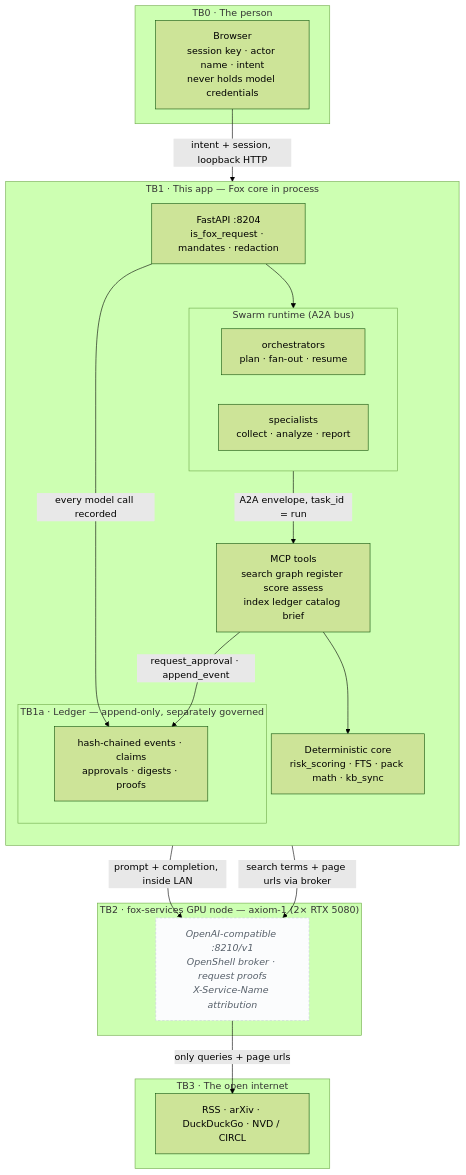
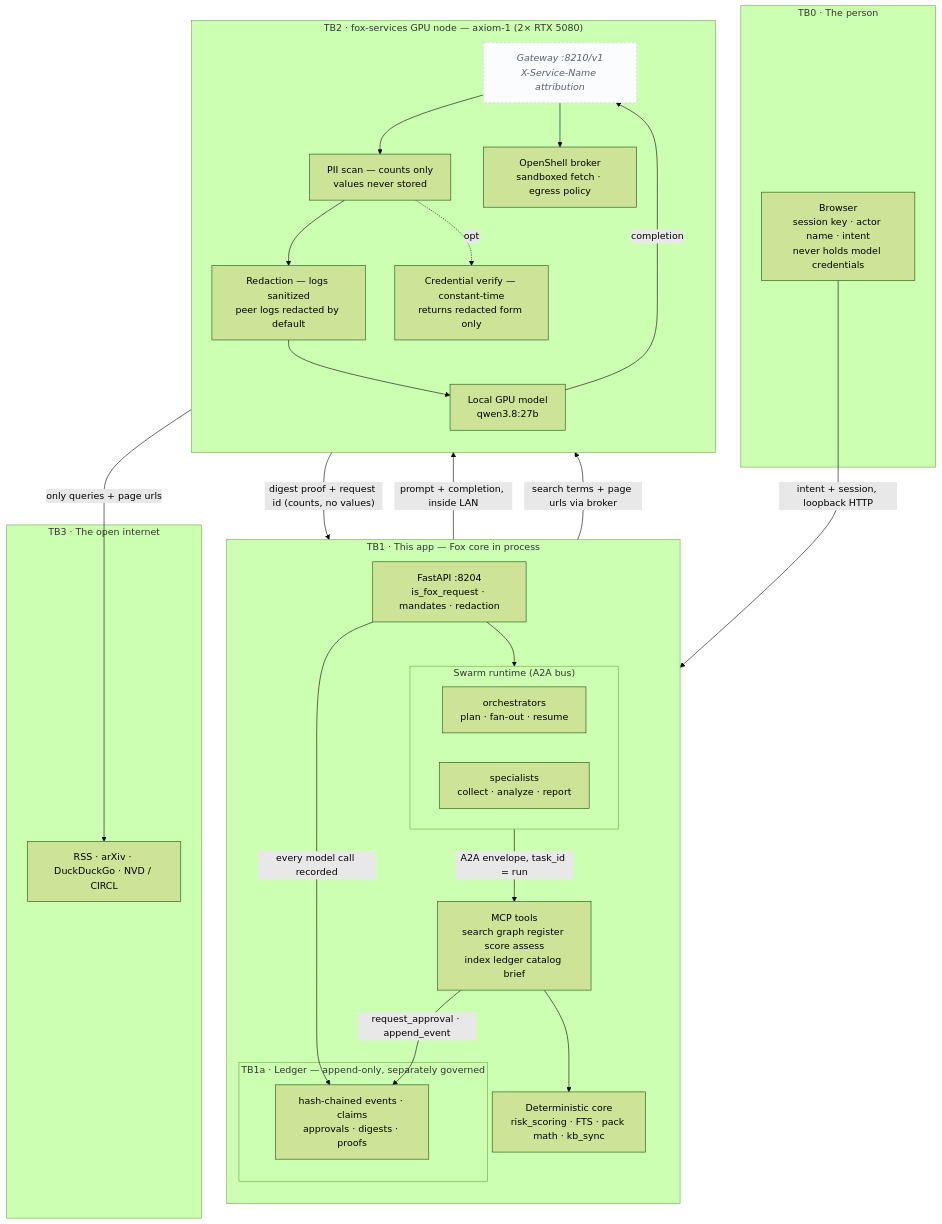
One commit to harishgovardhandamodar/agentic-knowledge-mapper changed the fourth of 4 diagrams in design/fox-core.md. Above: the diagram before and after it, drawn with Mermaid (forest theme). The commit also changed other lines of this file and 6 other files, not shown here.

Commit message:
Swarm control-flow in audit ledger: agent↔orchestrator handoffs with nested model/MCP calls + traceability; register model-flow agents in swarm registry; fox-core trust-boundary/privacy docs

````diff
--- a/design/fox-core.md
+++ b/design/fox-core.md
@@ -268,38 +268,51 @@
 ```mermaid
 flowchart TB
     subgraph TB0["TB0 · The person"]
         U["Browser<br/>session key · actor name · intent<br/>never holds model credentials"]
     end
     subgraph TB1["TB1 · This app — Fox core in process"]
         direction TB
         API["FastAPI :8204<br/>is_fox_request · mandates · redaction"]
         subgraph SW["Swarm runtime (A2A bus)"]
             ORCH["orchestrators<br/>plan · fan-out · resume"]
             SPEC["specialists<br/>collect · analyze · report"]
         end
         MCP["MCP tools<br/>search graph register score assess<br/>index ledger catalog brief"]
         DET["Deterministic core<br/>risk_scoring · FTS · pack math · kb_sync"]
         subgraph TB1a["TB1a · Ledger — append-only, separately governed"]
             L["hash-chained events · claims<br/>approvals · digests · proofs"]
         end
     end
     subgraph TB2["TB2 · fox-services GPU node — axiom-1 (2× RTX 5080)"]
-        GW["OpenAI-compatible :8210/v1<br/>OpenShell broker · request proofs<br/>X-Service-Name attribution"]
+        direction TB
+        GW["Gateway :8210/v1<br/>X-Service-Name attribution"]
+        PII["PII scan — counts only<br/>values never stored"]
+        RED["Redaction — logs sanitized<br/>peer logs redacted by default"]
+        CRED["Credential verify — constant-time<br/>returns redacted form only"]
+        LLM["Local GPU model<br/>qwen3.8:27b"]
+        OS["OpenShell broker<br/>sandboxed fetch · egress policy"]
+        GW --> PII
+        PII --> RED
+        RED --> LLM
+        PII -. "opt" .-> CRED
+        GW --> OS
     end
     subgraph TB3["TB3 · The open internet"]
         WEB["RSS · arXiv · DuckDuckGo · NVD / CIRCL"]
     end
 
     U -->|"intent + session, loopback HTTP"| API
     API --> SW
     SW -->|"A2A envelope, task_id = run"| MCP
     MCP --> DET
     MCP -->|"request_approval · append_event"| L
     API -->|"every model call recorded"| L
     MCP -->|"prompt + completion, inside LAN"| GW
-    GW -->|"only queries + page urls"| WEB
-    MCP -->|"search terms + page urls via broker"| GW
+    GW -->|"digest proof + request id (counts, no values)"| API
+    LLM -->|"completion"| GW
+    OS -->|"only queries + page urls"| WEB
+    MCP -->|"search terms + page urls via broker"| OS
 
     classDef note fill:#fbfcfd,stroke:#c8d0da,stroke-dasharray:4 3,font-style:italic,color:#57606a
     class GW note
 ```
````
